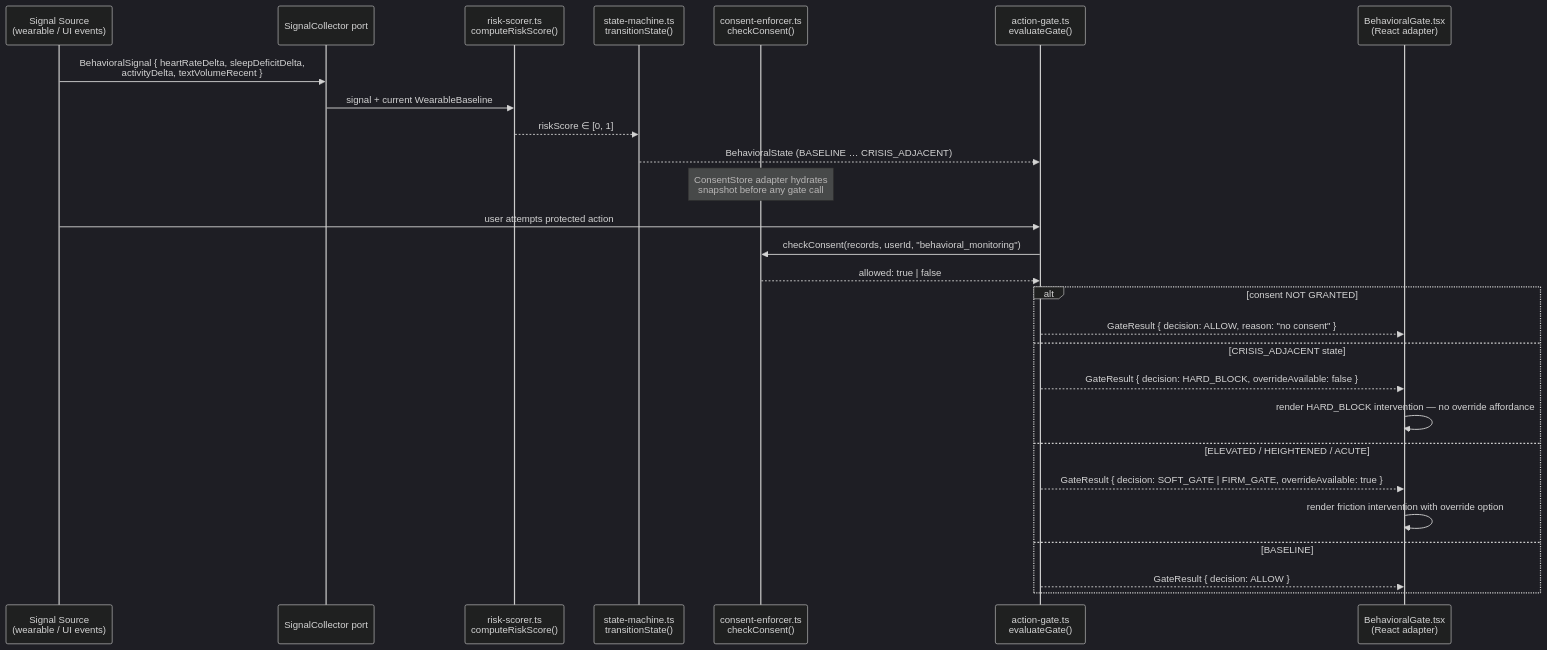
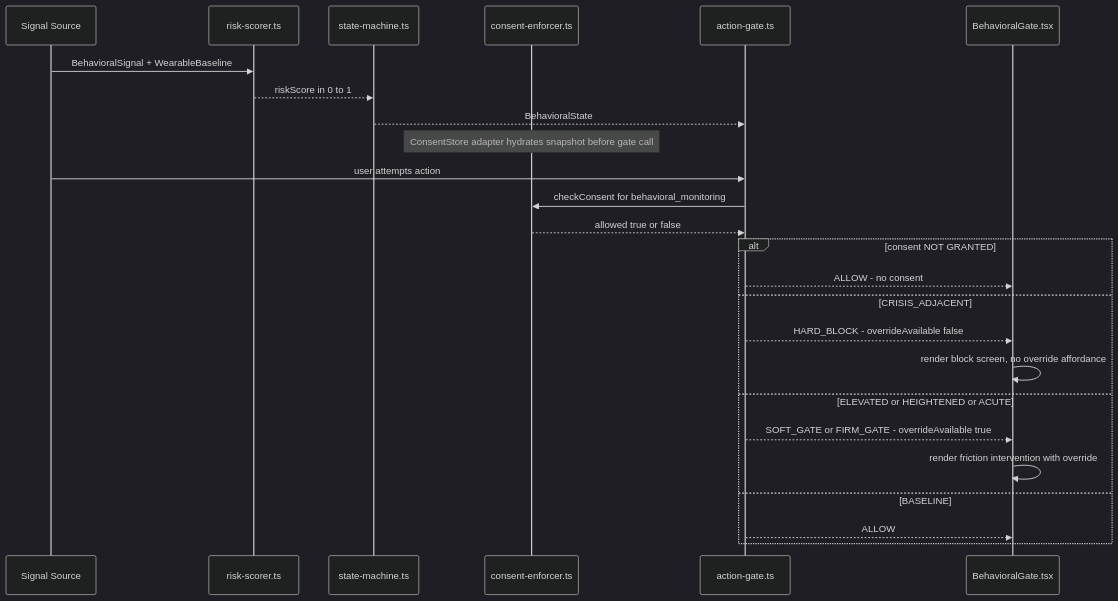
Before and after one commit to coreyalejandro/uicare-hui: the second of 4 diagrams in README.md, drawn with Mermaid (dark theme). The commit also changed other lines of this file, not shown here.

Commit message:
docs: user perspective narrative, fix Mermaid parse errors

````diff
--- a/README.md
+++ b/README.md
@@ -156,33 +166,31 @@
 ```mermaid
 sequenceDiagram
-    participant W as Signal Source<br/>(wearable / UI events)
-    participant SC as SignalCollector port
-    participant RS as risk-scorer.ts<br/>computeRiskScore()
-    participant SM as state-machine.ts<br/>transitionState()
-    participant CE as consent-enforcer.ts<br/>checkConsent()
-    participant AG as action-gate.ts<br/>evaluateGate()
-    participant UI as BehavioralGate.tsx<br/>(React adapter)
+    participant W as Signal Source
+    participant RS as risk-scorer.ts
+    participant SM as state-machine.ts
+    participant CE as consent-enforcer.ts
+    participant AG as action-gate.ts
+    participant UI as BehavioralGate.tsx
 
-    W->>SC: BehavioralSignal { heartRateDelta, sleepDeficitDelta,<br/>activityDelta, textVolumeRecent }
-    SC->>RS: signal + current WearableBaseline
-    RS-->>SM: riskScore ∈ [0, 1]
-    SM-->>AG: BehavioralState (BASELINE … CRISIS_ADJACENT)
+    W->>RS: BehavioralSignal + WearableBaseline
+    RS-->>SM: riskScore in 0 to 1
+    SM-->>AG: BehavioralState
 
-    Note over CE: ConsentStore adapter hydrates<br/>snapshot before any gate call
+    Note over CE: ConsentStore adapter hydrates snapshot before gate call
 
-    W->>AG: user attempts protected action
-    AG->>CE: checkConsent(records, userId, "behavioral_monitoring")
-    CE-->>AG: allowed: true | false
+    W->>AG: user attempts action
+    AG->>CE: checkConsent for behavioral_monitoring
+    CE-->>AG: allowed true or false
 
     alt consent NOT GRANTED
-        AG-->>UI: GateResult { decision: ALLOW, reason: "no consent" }
-    else CRISIS_ADJACENT state
-        AG-->>UI: GateResult { decision: HARD_BLOCK, overrideAvailable: false }
-        UI->>UI: render HARD_BLOCK intervention — no override affordance
-    else ELEVATED / HEIGHTENED / ACUTE
-        AG-->>UI: GateResult { decision: SOFT_GATE | FIRM_GATE, overrideAvailable: true }
-        UI->>UI: render friction intervention with override option
+        AG-->>UI: ALLOW - no consent
+    else CRISIS_ADJACENT
+        AG-->>UI: HARD_BLOCK - overrideAvailable false
+        UI->>UI: render block screen, no override affordance
+    else ELEVATED or HEIGHTENED or ACUTE
+        AG-->>UI: SOFT_GATE or FIRM_GATE - overrideAvailable true
+        UI->>UI: render friction intervention with override
     else BASELINE
-        AG-->>UI: GateResult { decision: ALLOW }
+        AG-->>UI: ALLOW
     end
 ```
````
